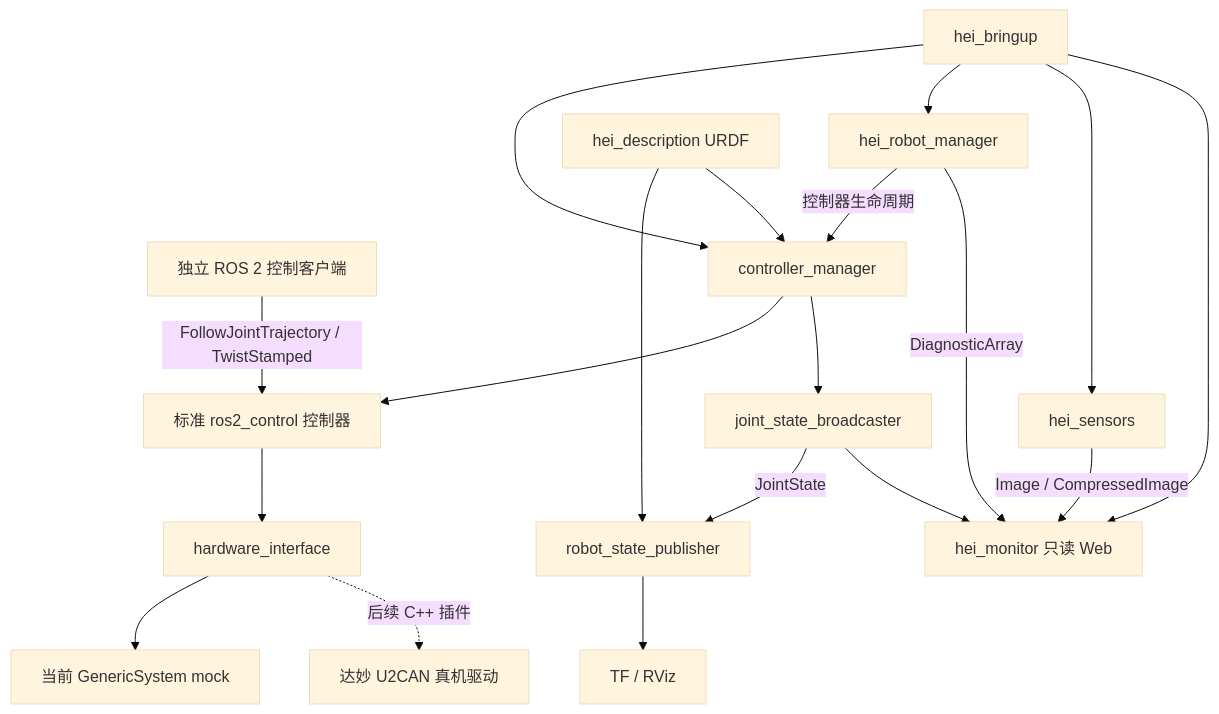
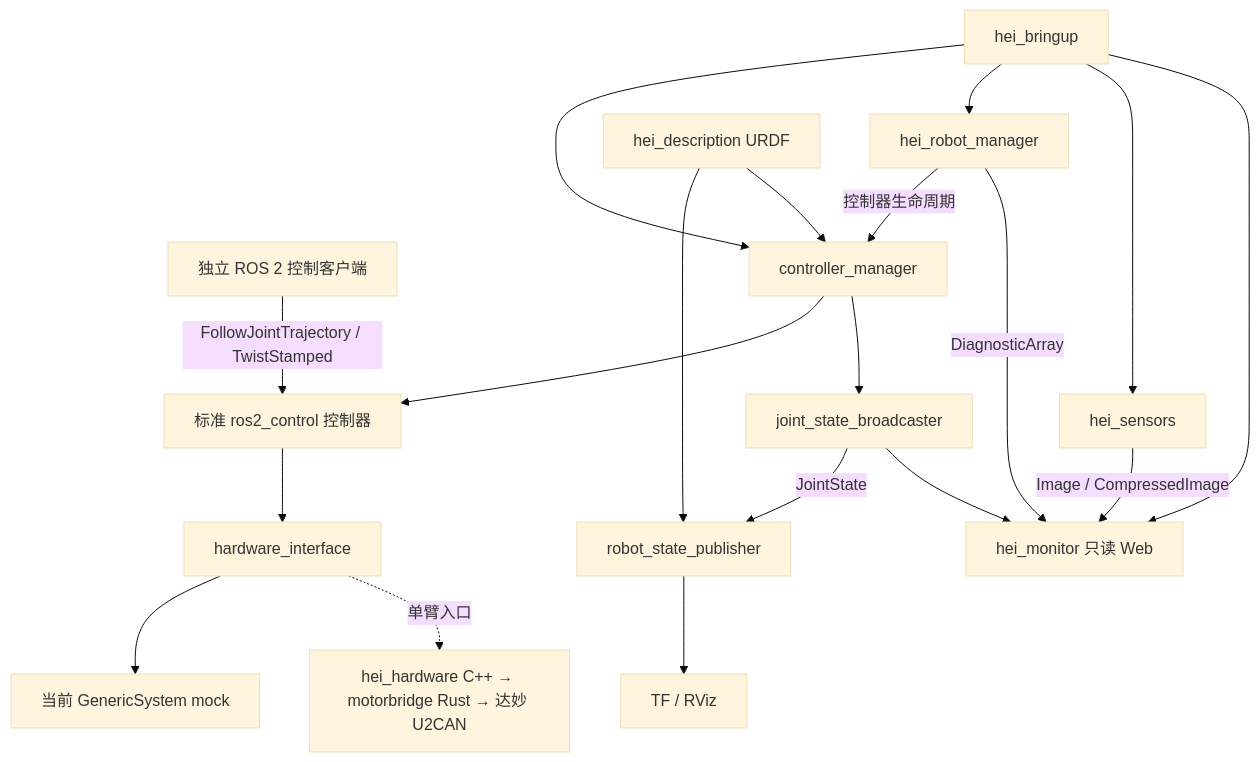
The diagram in docs/ros2-architecture.zh-CN.md (intheworld/easeBot), drawn with Mermaid (base theme) before and after one commit. The commit also changed other lines of this file and 51 other files, not shown here.

````diff
--- a/docs/ros2-architecture.zh-CN.md
+++ b/docs/ros2-architecture.zh-CN.md
@@ -7,21 +7,21 @@
 ```mermaid
 flowchart TB
   TELEOP[独立 ROS 2 控制客户端] -->|FollowJointTrajectory / TwistStamped| CTRL[标准 ros2_control 控制器]
   MANAGER[hei_robot_manager] -->|控制器生命周期| CM[controller_manager]
   CM --> CTRL
   CTRL --> HW[hardware_interface]
   HW --> MOCK[当前 GenericSystem mock]
-  HW -. 后续 C++ 插件 .-> REAL[达妙 U2CAN 真机驱动]
+  HW -. 单臂入口 .-> REAL[hei_hardware C++ → motorbridge Rust → 达妙 U2CAN]
   CM --> JSB[joint_state_broadcaster]
   JSB -->|JointState| RSP[robot_state_publisher]
   DESC[hei_description URDF] --> RSP
   DESC --> CM
   CAM[hei_sensors] -->|Image / CompressedImage| MON[hei_monitor 只读 Web]
   JSB --> MON
   MANAGER -->|DiagnosticArray| MON
   RSP --> TF[TF / RViz]
   LAUNCH[hei_bringup] --> CM
   LAUNCH --> MANAGER
   LAUNCH --> CAM
   LAUNCH --> MON
 ```
````
